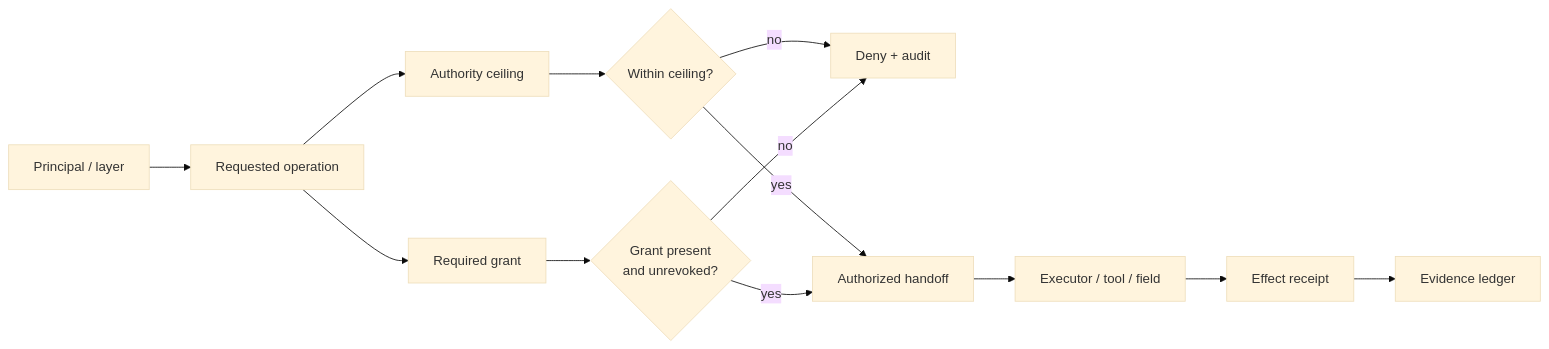
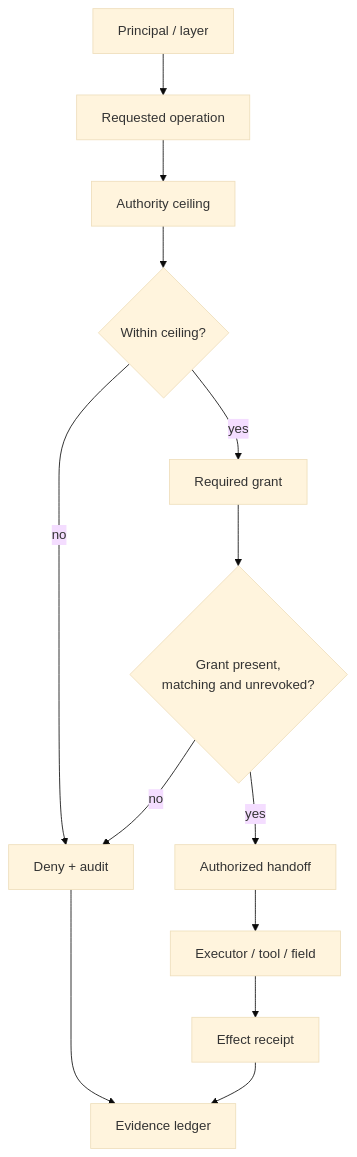
One commit to corbensorenson/asi-stack-book changed the first of 3 diagrams in chapters/system-boundaries-and-authority.qmd. Above: the diagram before and after it, drawn with Mermaid (base theme). The commit also changed other lines of this file and 345 other files, not shown here.

````diff
--- a/chapters/system-boundaries-and-authority.qmd
+++ b/chapters/system-boundaries-and-authority.qmd
@@ -146,15 +183,17 @@
 ```{mermaid}
-flowchart LR
+flowchart TD
+  accTitle: Proposed authority admission gate
+  accDescr: A requested operation first checks its caller ceiling. Failure denies the request. Only a passing ceiling proceeds to a current matching grant check. Grant failure also denies the request. Both must pass before executor handoff; use or denial records feed the evidence ledger. This logical map does not establish runtime enforcement or revocation ordering.
   A["Principal / layer"] --> B["Requested operation"]
   B --> C["Authority ceiling"]
-  B --> D["Required grant"]
   C --> E{"Within ceiling?"}
-  D --> F{"Grant present<br/>and unrevoked?"}
   E -- "no" --> G["Deny + audit"]
+  E -- "yes" --> D["Required grant"]
+  D --> F{"Grant present,<br/>matching and unrevoked?"}
   F -- "no" --> G
-  E -- "yes" --> H["Authorized handoff"]
-  F -- "yes" --> H
+  F -- "yes" --> H["Authorized handoff"]
   H --> I["Executor / tool / field"]
   I --> J["Effect receipt"]
   J --> K["Evidence ledger"]
+  G --> K
 ```
````
